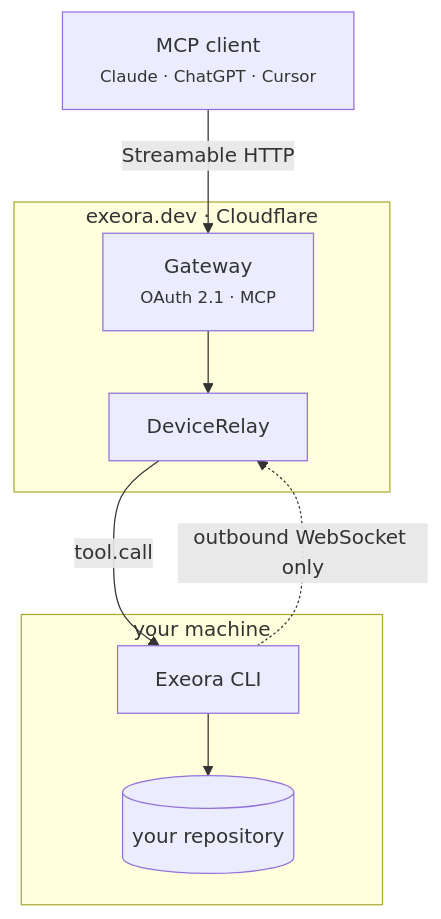
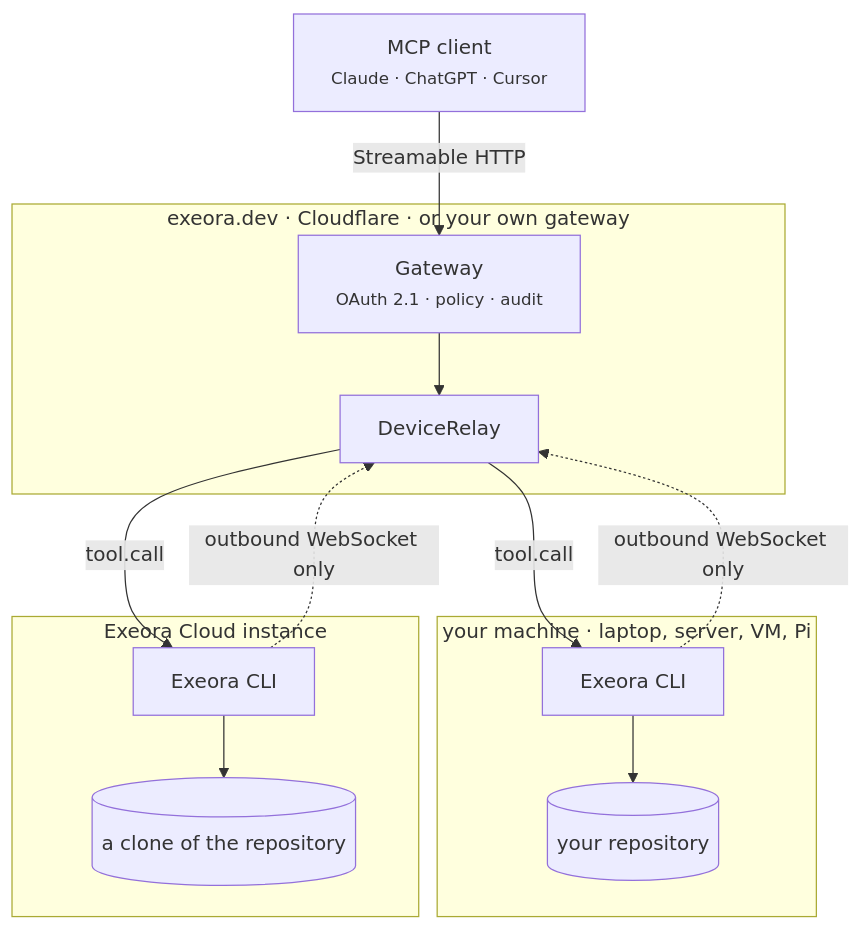
The diagram in readme.md (leynier/exeora), drawn with Mermaid before and after one commit. The commit also changed other lines of this file, not shown here.

````diff
--- a/readme.md
+++ b/readme.md
@@ -39,20 +56,28 @@
 ```mermaid
 flowchart TD
     client["MCP client<br/><small>Claude · ChatGPT · Cursor</small>"]
 
-    subgraph cloud["exeora.dev · Cloudflare"]
-        gateway["Gateway<br/><small>OAuth 2.1 · MCP</small>"]
+    subgraph cloud["exeora.dev · Cloudflare · or your own gateway"]
+        gateway["Gateway<br/><small>OAuth 2.1 · policy · audit</small>"]
         relay["DeviceRelay"]
     end
 
-    subgraph machine["your machine"]
+    subgraph machine["your machine · laptop, server, VM, Pi"]
         cli["Exeora CLI"]
         repo[("your repository")]
+    end
+
+    subgraph instance["Exeora Cloud instance"]
+        cloudcli["Exeora CLI"]
+        clone[("a clone of the repository")]
     end
 
     client -->|"Streamable HTTP"| gateway
     gateway --> relay
     cli -.->|"outbound WebSocket only"| relay
+    cloudcli -.->|"outbound WebSocket only"| relay
     relay -->|"tool.call"| cli
+    relay -->|"tool.call"| cloudcli
     cli --> repo
+    cloudcli --> clone
 ```
````
